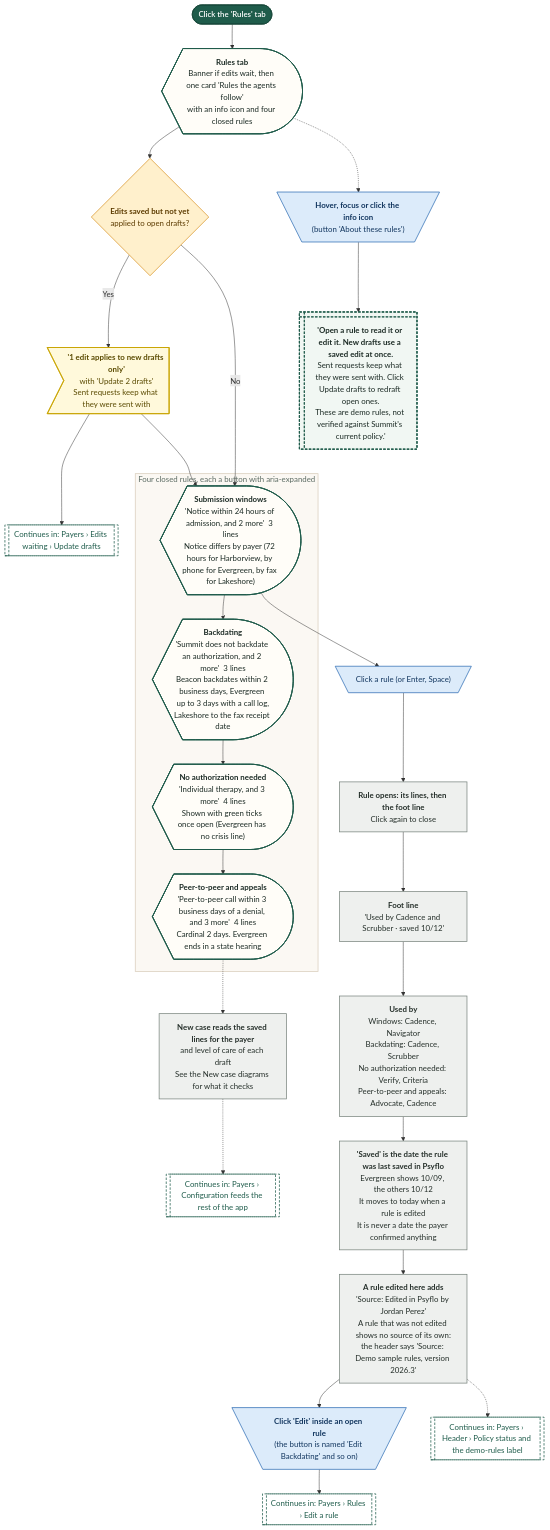
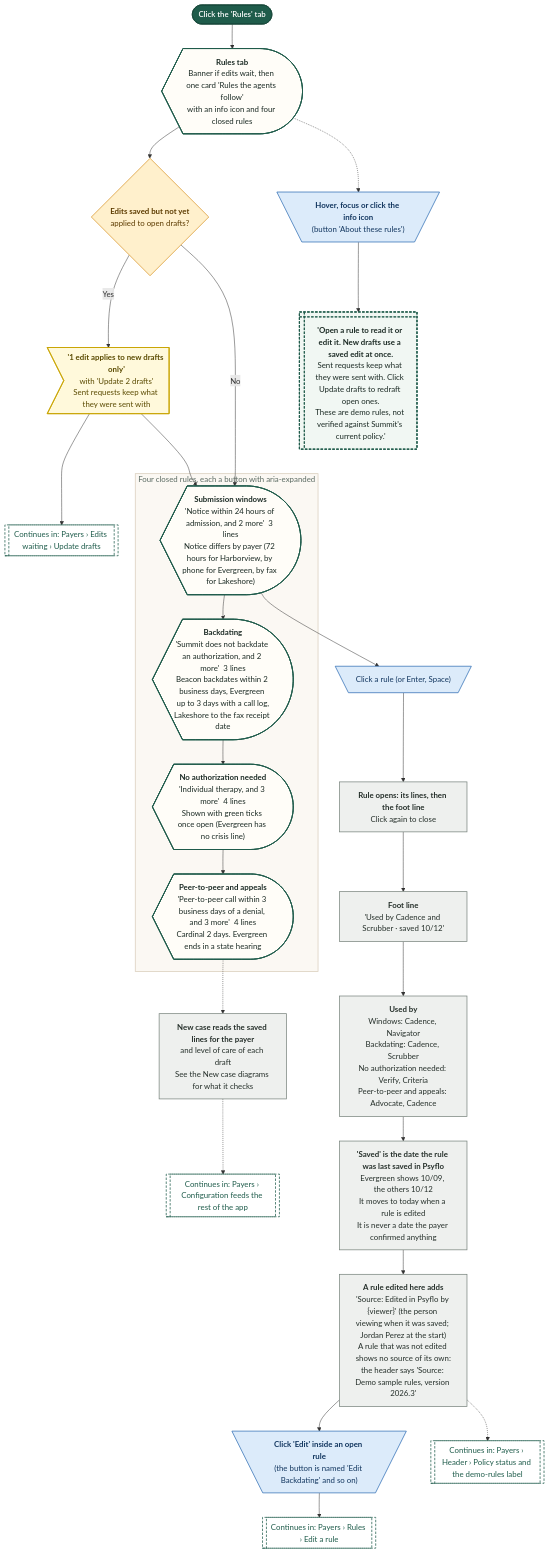
One commit to Shrav143/psyfloapp changed diagram 15 of 27 in demos/prior-auth-demo/workflows/out/md/10-payers.md. Above: the diagram before and after it, drawn with Mermaid. The commit also changed other lines of this file and 251 other files, not shown here.

First line of the commit message:
docs: rebuild the workflow diagrams (291) for round 4

````diff
--- a/demos/prior-auth-demo/workflows/out/md/10-payers.md
+++ b/demos/prior-auth-demo/workflows/out/md/10-payers.md
@@ -1116,64 +1118,64 @@
 ```mermaid
 %%{init: {"theme":"base","themeVariables":{"fontFamily":"'DM Sans', 'Segoe UI', system-ui, sans-serif","fontSize":"15px","lineColor":"#5B6B63","primaryTextColor":"#1C2B25","clusterBkg":"#FBF8F3","clusterBorder":"#D9CDBB","edgeLabelBackground":"#FFFFFF"},"flowchart":{"curve":"basis","nodeSpacing":36,"rankSpacing":48,"padding":12,"htmlLabels":true,"useMaxWidth":false,"wrappingWidth":230}} }%%
 flowchart TD
   classDef k_start fill:#1F5C4B,stroke:#174638,color:#FFFFFF,stroke-width:1.5px,font-weight:600
   classDef k_end fill:#DDEFE3,stroke:#2E7D4F,color:#14502F,stroke-width:1.5px,font-weight:600
   classDef k_endx fill:#FBE3E0,stroke:#C0392B,color:#7A1F16,stroke-width:1.5px,font-weight:600
   classDef k_screen fill:#FFFDF8,stroke:#1F5C4B,color:#1C2B25,stroke-width:2px
   classDef k_overlay fill:#F1F7F3,stroke:#1F5C4B,color:#1C2B25,stroke-width:2px,stroke-dasharray:5 3
   classDef k_click fill:#DCEBFA,stroke:#2F6DB5,color:#12365F,stroke-width:1.5px
   classDef k_input fill:#E4E7FF,stroke:#4C5FD5,color:#1D2670,stroke-width:1.5px
   classDef k_process fill:#EEF0EE,stroke:#7A857F,color:#26302B,stroke-width:1.5px
   classDef k_agent fill:#EEE5FA,stroke:#7A4FC2,color:#341A63,stroke-width:1.5px
   classDef k_decision fill:#FFF0CC,stroke:#D9962B,color:#5C3B00,stroke-width:1.5px
   classDef k_store fill:#D5F0EA,stroke:#1C8E7B,color:#0B4A3F,stroke-width:1.5px
   classDef k_doc fill:#F6E9DC,stroke:#B07A4C,color:#4A2E14,stroke-width:1.5px
   classDef k_ext fill:#FFE6D2,stroke:#E07B39,color:#6B2F06,stroke-width:1.5px
   classDef k_wait fill:#E4E8EE,stroke:#6B7C93,color:#26303D,stroke-width:1.5px
   classDef k_toast fill:#FFF9DB,stroke:#C9A400,color:#5A4A00,stroke-width:1.5px
   classDef k_goto fill:#FFFFFF,stroke:#1F5C4B,color:#1F5C4B,stroke-width:1.5px,stroke-dasharray:5 3
   s1@{ shape: stadium, label: "Click the 'Rules' tab" }
   tab@{ shape: curv-trap, label: "<b>Rules tab</b><br/>Banner if edits wait, then one card 'Rules the agents follow'<br/>with an info icon and four closed rules" }
   dU@{ shape: diam, label: "<b>Edits saved but not yet</b><br/>applied to open drafts?" }
   bU@{ shape: odd, label: "<b>'1 edit applies to new drafts only'</b><br/>with 'Update 2 drafts'<br/>Sent requests keep what they were sent with" }
   gU@{ shape: subproc, label: "Continues in: Payers › Edits waiting › Update drafts" }
   tip@{ shape: trap-t, label: "<b>Hover, focus or click the info icon</b><br/>(button 'About these rules')" }
   tipt@{ shape: win-pane, label: "<b>'Open a rule to read it or edit it. New drafts use a saved edit at once.</b><br/>Sent requests keep what they were sent with. Click Update drafts to redraft open ones.<br/>These are demo rules, not verified against Summit's current policy.'" }
   subgraph gC ["Four closed rules, each a button with aria-expanded"]
   c1@{ shape: curv-trap, label: "<b>Submission windows</b><br/>'Notice within 24 hours of admission, and 2 more'  3 lines<br/>Notice differs by payer (72 hours for Harborview, by phone for Evergreen, by fax for Lakeshore)" }
   c2@{ shape: curv-trap, label: "<b>Backdating</b><br/>'Summit does not backdate an authorization, and 2 more'  3 lines<br/>Beacon backdates within 2 business days, Evergreen up to 3 days with a call log,<br/>Lakeshore to the fax receipt date" }
   c3@{ shape: curv-trap, label: "<b>No authorization needed</b><br/>'Individual therapy, and 3 more'  4 lines<br/>Shown with green ticks once open (Evergreen has no crisis line)" }
   c4@{ shape: curv-trap, label: "<b>Peer-to-peer and appeals</b><br/>'Peer-to-peer call within 3 business days of a denial, and 3 more'  4 lines<br/>Cardinal 2 days. Evergreen ends in a state hearing" }
   end
   op@{ shape: trap-t, label: "Click a rule (or Enter, Space)" }
   opn@{ shape: rect, label: "<b>Rule opens: its lines, then the foot line</b><br/>Click again to close" }
   ub@{ shape: rect, label: "<b>Foot line</b><br/>'Used by Cadence and Scrubber · saved 10/12'" }
   who@{ shape: rect, label: "<b>Used by</b><br/>Windows: Cadence, Navigator<br/>Backdating: Cadence, Scrubber<br/>No authorization needed: Verify, Criteria<br/>Peer-to-peer and appeals: Advocate, Cadence" }
   cf@{ shape: rect, label: "<b>'Saved' is the date the rule was last saved in Psyflo</b><br/>Evergreen shows 10/09, the others 10/12<br/>It moves to today when a rule is edited<br/>It is never a date the payer confirmed anything" }
-  src@{ shape: rect, label: "<b>A rule edited here adds</b><br/>'Source: Edited in Psyflo by Jordan Perez'<br/>A rule that was not edited shows no source of its own:<br/>the header says 'Source: Demo sample rules, version 2026.3'" }
+  src@{ shape: rect, label: "<b>A rule edited here adds</b><br/>'Source: Edited in Psyflo by {viewer}' (the person viewing when it was saved; Jordan Perez at the start)<br/>A rule that was not edited shows no source of its own:<br/>the header says 'Source: Demo sample rules, version 2026.3'" }
   noeff@{ shape: rect, label: "<b>New case reads the saved lines for the payer</b><br/>and level of care of each draft<br/>See the New case diagrams for what it checks" }
   ce@{ shape: trap-t, label: "<b>Click 'Edit' inside an open rule</b><br/>(the button is named 'Edit Backdating' and so on)" }
   gE@{ shape: subproc, label: "Continues in: Payers › Rules › Edit a rule" }
   gF@{ shape: subproc, label: "Continues in: Payers › Configuration feeds the rest of the app" }
   gP@{ shape: subproc, label: "Continues in: Payers › Header › Policy status and the demo-rules label" }
   s1 --> tab --> dU
   dU -->|"Yes"| bU --> gU
   dU -->|"No"| c1
   bU --> c1
   tab -.-> tip --> tipt
   c1 --> c2 --> c3 --> c4
   c1 --> op --> opn --> ub --> who --> cf --> src
   src --> ce --> gE
   c4 -.-> noeff
   noeff -.-> gF
   src -.-> gP
   class s1 k_start
   class tab,c1,c2,c3,c4 k_screen
   class dU k_decision
   class bU k_toast
   class gU,gE,gF,gP k_goto
   class tip,op,ce k_click
   class tipt k_overlay
   class opn,ub,who,cf,src,noeff k_process
   style gC fill:#FBF8F3,stroke:#D9CDBB,stroke-width:1.5px,color:#5B6B63
 ```
````
